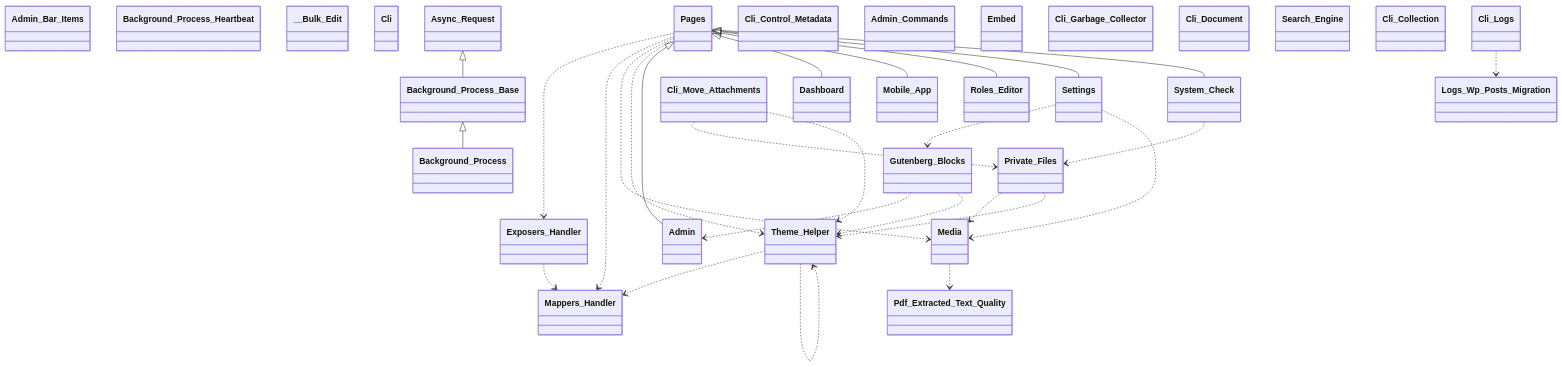
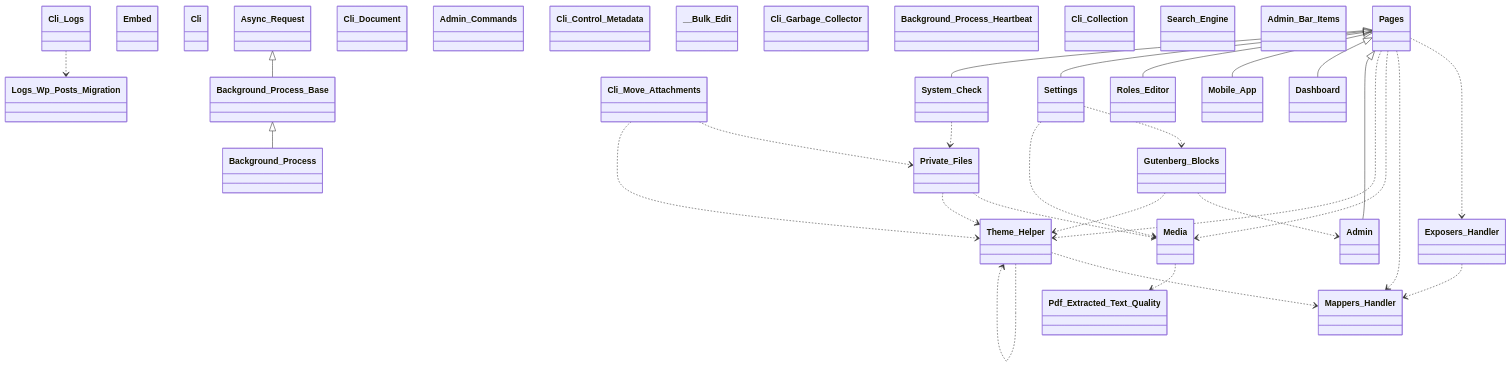
The first of 13 diagrams in docs/phpdoc/Home.md (tainacan/tainacan), drawn with Mermaid before and after one commit. The commit also changed other lines of this file and 100 other files, not shown here.

````diff
--- a/docs/phpdoc/Home.md
+++ b/docs/phpdoc/Home.md
@@ -125,61 +125,61 @@
 ```mermaid
 classDiagram
     direction TB
-    class Admin_Bar_Items { }
-    class Gutenberg_Blocks { }
-    class Roles_Editor { }
-    class Background_Process_Heartbeat { }
-    class __Bulk_Edit { }
-    class System_Check { }
-    class Exposers_Handler { }
-    class Cli { }
-    class Async_Request { }
-    class Pages { }
-    class Settings { }
-    class Mappers_Handler { }
-    class Cli_Control_Metadata { }
-    class Admin_Commands { }
-    class Embed { }
-    class Pdf_Extracted_Text_Quality { }
-    class Cli_Garbage_Collector { }
-    class Media { }
-    class Cli_Document { }
-    class Background_Process { }
-    class Theme_Helper { }
-    class Background_Process_Base { }
-    class Dashboard { }
-    class Search_Engine { }
-    class Mobile_App { }
-    class Cli_Collection { }
-    class Cli_Move_Attachments { }
     class Admin { }
-    class Private_Files { }
     class Logs_Wp_Posts_Migration { }
     class Cli_Logs { }
+    class Roles_Editor { }
+    class Embed { }
+    class Mappers_Handler { }
+    class Cli { }
+    class Cli_Move_Attachments { }
+    class Mobile_App { }
+    class Background_Process_Base { }
+    class Gutenberg_Blocks { }
+    class Settings { }
+    class Dashboard { }
+    class Async_Request { }
+    class Exposers_Handler { }
+    class Cli_Document { }
+    class Private_Files { }
+    class Admin_Commands { }
+    class Pdf_Extracted_Text_Quality { }
+    class Theme_Helper { }
+    class System_Check { }
+    class Cli_Control_Metadata { }
+    class __Bulk_Edit { }
+    class Cli_Garbage_Collector { }
+    class Background_Process_Heartbeat { }
+    class Cli_Collection { }
+    class Search_Engine { }
+    class Admin_Bar_Items { }
+    class Background_Process { }
+    class Pages { }
+    class Media { }
     Async_Request <|-- Background_Process_Base
     Background_Process_Base <|-- Background_Process
     Cli_Logs ..> Logs_Wp_Posts_Migration
     Cli_Move_Attachments ..> Private_Files
     Cli_Move_Attachments ..> Theme_Helper
     Exposers_Handler ..> Mappers_Handler
     Gutenberg_Blocks ..> Admin
     Gutenberg_Blocks ..> Theme_Helper
     Media ..> Pdf_Extracted_Text_Quality
     Pages ..> Exposers_Handler
     Pages ..> Mappers_Handler
     Pages ..> Media
     Pages ..> Theme_Helper
     Pages <|-- Admin
     Pages <|-- Dashboard
     Pages <|-- Mobile_App
     Pages <|-- Roles_Editor
     Pages <|-- Settings
     Pages <|-- System_Check
     Private_Files ..> Media
     Private_Files ..> Theme_Helper
     Settings ..> Gutenberg_Blocks
     Settings ..> Media
     System_Check ..> Private_Files
     Theme_Helper ..> Mappers_Handler
     Theme_Helper ..> Theme_Helper
 ```
````
